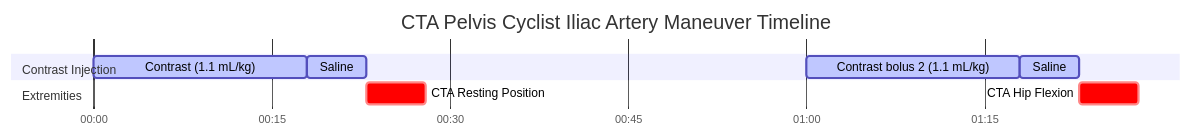
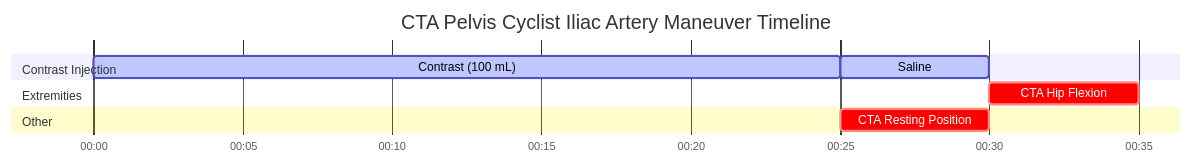
The diagram in docs/ct/vascular/cta-pelvis-cyclist-iliac-artery-maneuver.md (dfergs93/radiology-protocols), drawn with Mermaid before and after one commit. The commit also changed other lines of this file and 85 other files, not shown here.

Commit message:
Regenerate protocol markdown files with acquisition-diagram placeholder

````diff
--- a/docs/ct/vascular/cta-pelvis-cyclist-iliac-artery-maneuver.md
+++ b/docs/ct/vascular/cta-pelvis-cyclist-iliac-artery-maneuver.md
@@ -85,21 +84,20 @@
   ```mermaid
   ---
   displayMode: compact
   config:
     theme: default
     themeCSS: " #Saline{ fill: #4ed5ff; stroke: #2094f3; } "
   ---
     gantt
       title CTA Pelvis Cyclist Iliac Artery Maneuver Timeline
       dateFormat mm:ss
       axisFormat %M:%S 
       
       section Contrast Injection
-      Contrast (1.1 mL/kg)    :active, contrast, 00:00, 18s
+      Contrast (100 mL)    :active, contrast, 00:00, 25s
       Saline          :active, saline, after contrast, 5s
-      Contrast bolus 2 (1.1 mL/kg)  :active, contrast2, 01:00, 18s
-      Saline                  :active, saline2, after contrast2, 5s
       section Extremities
-      CTA Resting Position    :crit, scan1, after saline, 5s
-      CTA Hip Flexion    :crit, scan2, after saline2, 5s
+      CTA Hip Flexion    :crit, scan1, after saline, 5s
+      section Other
+      CTA Resting Position    :crit, scan2, after contrast, 5s
   ```
````
